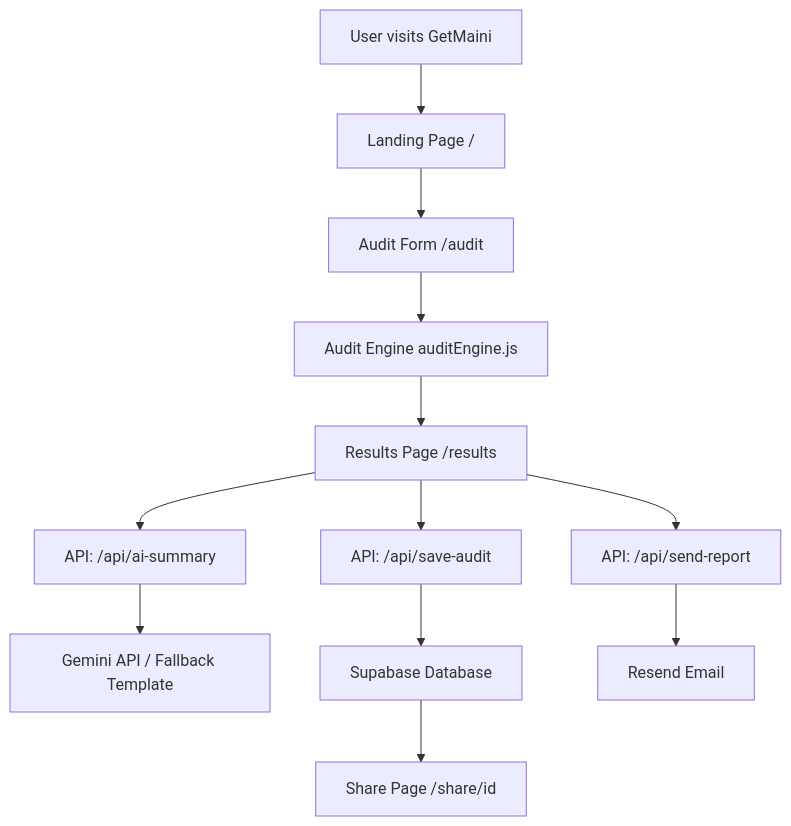
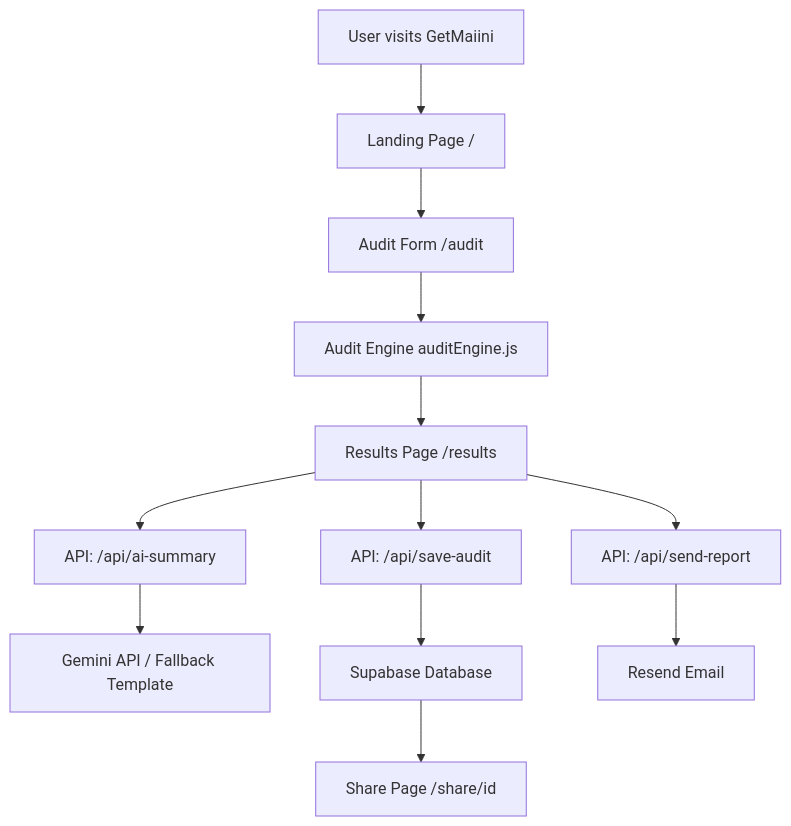
The diagram in ARCHITECTURE.md (bhaardwajkhyati-cell/getmaiini), drawn with Mermaid before and after one commit.

Commit message:
Fix typo in system diagram user visit link

````diff
--- a/ARCHITECTURE.md
+++ b/ARCHITECTURE.md
@@ -5,14 +5,14 @@
 ```mermaid
 graph TD
-    A[User visits GetMaini] --> B[Landing Page /]
+    A[User visits GetMaiini] --> B[Landing Page /]
     B --> C[Audit Form /audit]
     C --> D[Audit Engine auditEngine.js]
     D --> E[Results Page /results]
     E --> F[API: /api/ai-summary]
     E --> G[API: /api/save-audit]
     E --> H[API: /api/send-report]
     F --> I[Gemini API / Fallback Template]
     G --> J[Supabase Database]
     H --> K[Resend Email]
     J --> L[Share Page /share/id]
 ```
````
